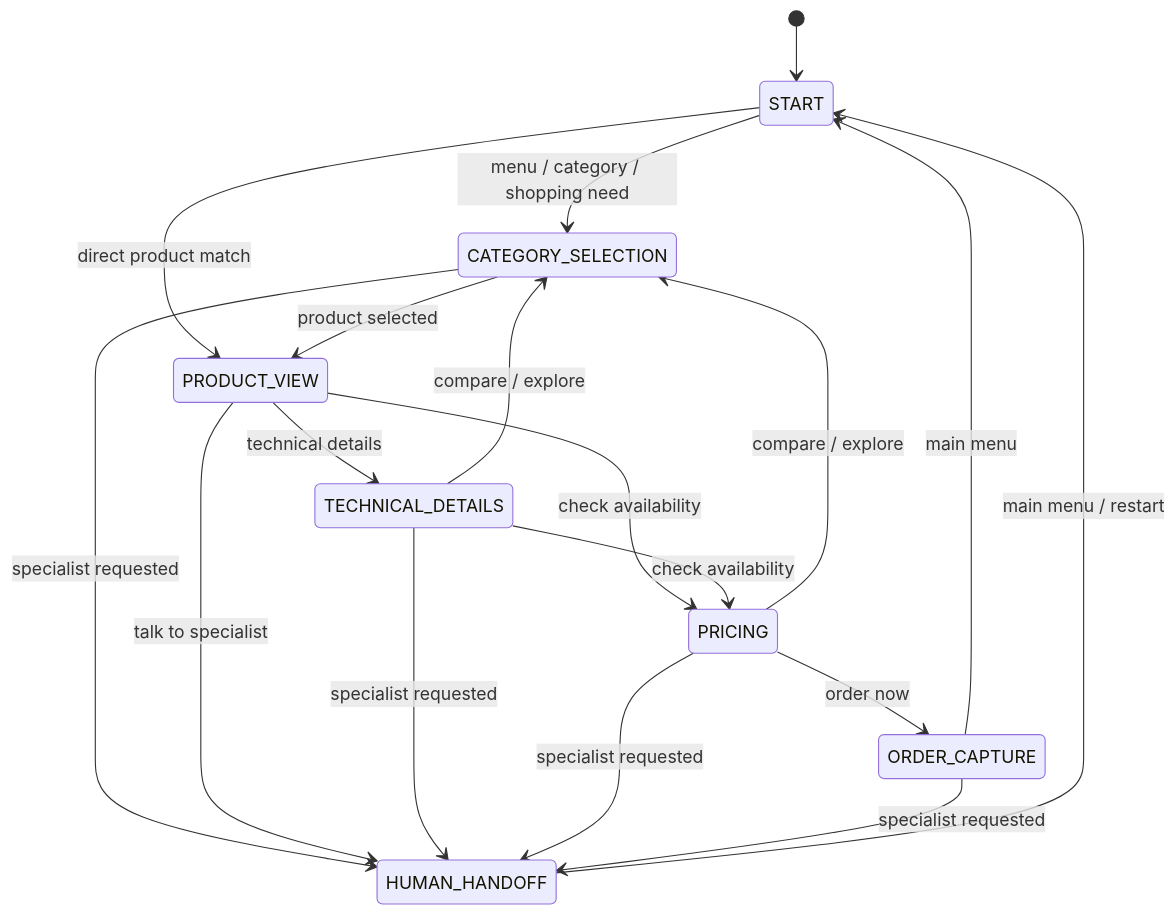
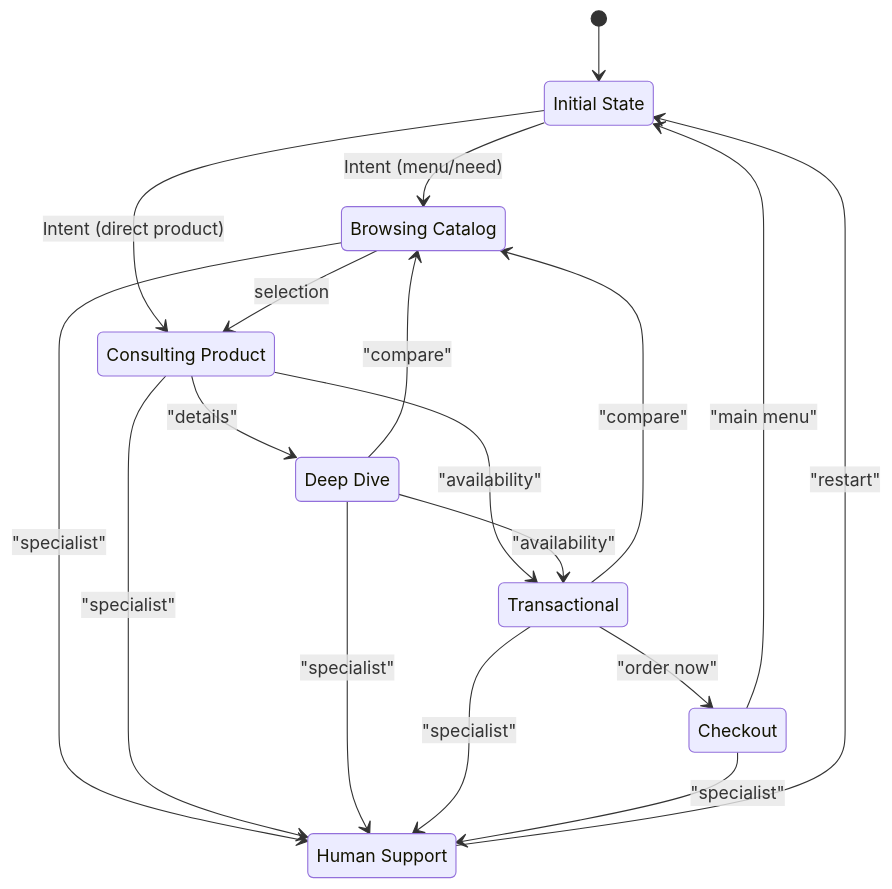
The diagram in docs/state-machine.md (iamhashir/Customer_service_agent), drawn with Mermaid before and after one commit. The commit also changed other lines of this file and 8 other files, not shown here.

````diff
--- a/docs/state-machine.md
+++ b/docs/state-machine.md
@@ -27,26 +9,37 @@
 ```mermaid
 stateDiagram-v2
+    direction TB
+
     [*] --> START
-    START --> CATEGORY_SELECTION: menu / category / shopping need
-    START --> PRODUCT_VIEW: direct product match
+    
+    state "Initial State" as START
+    state "Browsing Catalog" as CATEGORY_SELECTION
+    state "Consulting Product" as PRODUCT_VIEW
+    state "Deep Dive" as TECHNICAL_DETAILS
+    state "Transactional" as PRICING
+    state "Checkout" as ORDER_CAPTURE
+    state "Human Support" as HUMAN_HANDOFF
 
-    CATEGORY_SELECTION --> PRODUCT_VIEW: product selected
-    CATEGORY_SELECTION --> HUMAN_HANDOFF: specialist requested
+    START --> CATEGORY_SELECTION: Intent (menu/need)
+    START --> PRODUCT_VIEW: Intent (direct product)
 
-    PRODUCT_VIEW --> TECHNICAL_DETAILS: technical details
-    PRODUCT_VIEW --> PRICING: check availability
-    PRODUCT_VIEW --> HUMAN_HANDOFF: talk to specialist
+    CATEGORY_SELECTION --> PRODUCT_VIEW: selection
+    CATEGORY_SELECTION --> HUMAN_HANDOFF: "specialist"
 
-    TECHNICAL_DETAILS --> PRICING: check availability
-    TECHNICAL_DETAILS --> CATEGORY_SELECTION: compare / explore
-    TECHNICAL_DETAILS --> HUMAN_HANDOFF: specialist requested
+    PRODUCT_VIEW --> TECHNICAL_DETAILS: "details"
+    PRODUCT_VIEW --> PRICING: "availability"
+    PRODUCT_VIEW --> HUMAN_HANDOFF: "specialist"
 
-    PRICING --> ORDER_CAPTURE: order now
-    PRICING --> CATEGORY_SELECTION: compare / explore
-    PRICING --> HUMAN_HANDOFF: specialist requested
+    TECHNICAL_DETAILS --> PRICING: "availability"
+    TECHNICAL_DETAILS --> CATEGORY_SELECTION: "compare"
+    TECHNICAL_DETAILS --> HUMAN_HANDOFF: "specialist"
 
-    ORDER_CAPTURE --> HUMAN_HANDOFF: specialist requested
-    ORDER_CAPTURE --> START: main menu
+    PRICING --> ORDER_CAPTURE: "order now"
+    PRICING --> CATEGORY_SELECTION: "compare"
+    PRICING --> HUMAN_HANDOFF: "specialist"
 
-    HUMAN_HANDOFF --> START: main menu / restart
+    ORDER_CAPTURE --> HUMAN_HANDOFF: "specialist"
+    ORDER_CAPTURE --> START: "main menu"
+
+    HUMAN_HANDOFF --> START: "restart"
 ```
````
